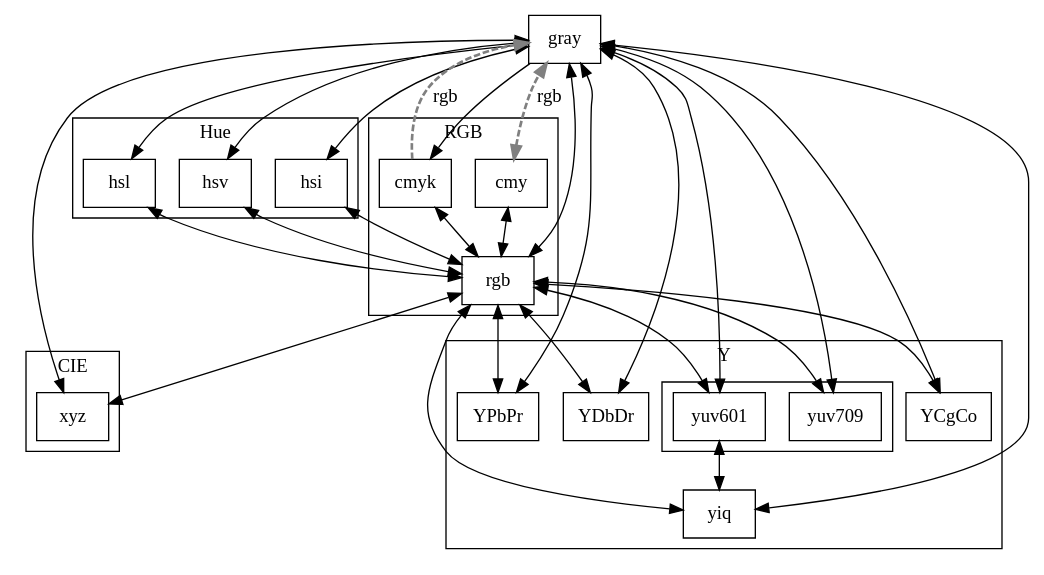
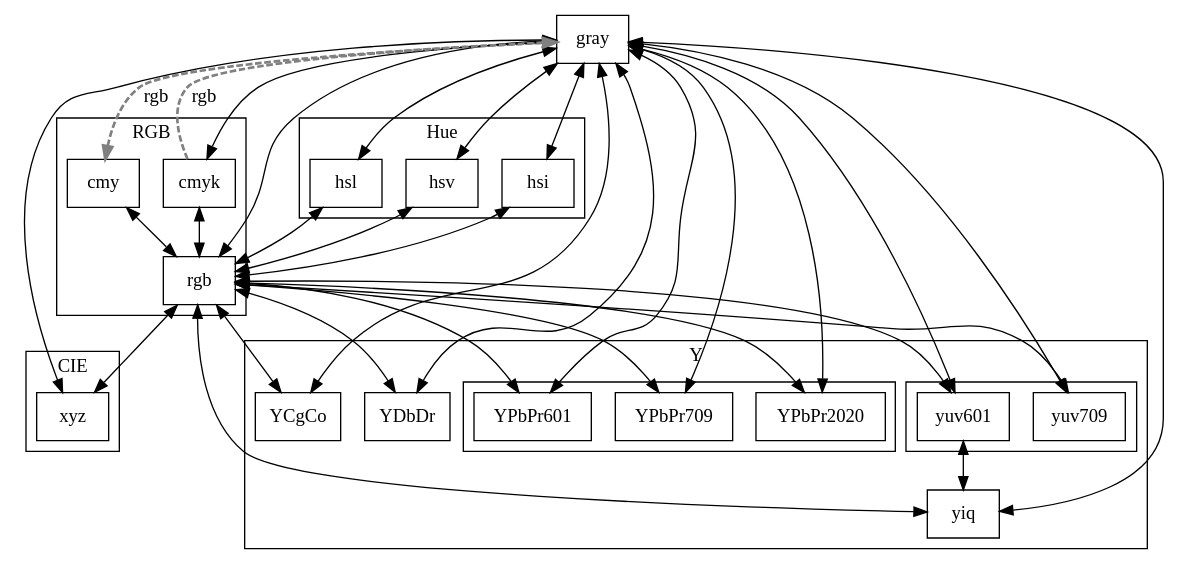
Before and after one commit to dmilos/color: the diagram in doc/gv/conv.gv, drawn with Graphviz. The commit also changed 1 other file, not shown here.

Commit message:
* update:[doc] Conversion graph

```diff
--- a/doc/gv/conv.gv
+++ b/doc/gv/conv.gv
@@ -1,102 +1,115 @@
 digraph color_conversion {
 	node [ shape ="box" ];
 	//gray [ color=gray, penwidth = 5 ];
 	//rgb [ style=striped , fillcolor="red:green:blue" ];
 
 	cmy  -> gray [ label = "rgb", style=dashed, color=gray, penwidth = 2, dir=both ];
 	cmy  -> rgb  [ label = "", dir=both  ];
 
 	cmyk -> gray[ label = "rgb", style=dashed, color=gray, penwidth = 2, dir=forward ];
 	cmyk -> rgb [ label = "", dir=both ];
 
 	gray -> cmyk [ label = "", dir=forward  ];
 	//gray -> hbw   [ label = "", dir=both  ];
 	gray -> hsi   [ label = "", dir=both ];
 	gray -> hsl   [ label = "", dir=both ];
 	gray -> hsv   [ label = "", dir=both  ];
 	gray -> rgb   [ label = "", dir=both ];
 	gray -> xyz   [ label = "", dir=both ];
 	gray -> YCgCo [ label = "", dir=both ];
 	gray -> YDbDr [ label = "", dir=both ];
 	gray -> yiq   [ label = "", dir=both ];
-	gray -> YPbPr [ label = "", dir=both ];
+	gray -> YPbPr601  [ label = "", dir=both ];
+	gray -> YPbPr709  [ label = "", dir=both ];
+	gray -> YPbPr2020 [ label = "", dir=both ];
 	gray -> yuv601   [ label = "", dir=both ];
 	gray -> yuv709   [ label = "", dir=both ];
 
 	//hbw  -> hsv[ label = "", dir=both ];
 
 	hsi  -> rgb [ label = "", dir=both ];
 
 	hsl  -> rgb [ label = "", dir=both ];
 
 	hsv  -> rgb [ label = "", dir=both ];
 
 	rgb -> xyz   [ label = "", dir=both ];
 	rgb -> YCgCo [ label = "", dir=both ];
 	rgb -> YDbDr [ label = "", dir=both ];
 	rgb -> yiq   [ label = "", dir=both ];
-	rgb -> YPbPr [ label = "", dir=both ];
+	rgb -> YPbPr601  [ label = "", dir=both ];
+	rgb -> YPbPr709  [ label = "", dir=both ];
+	rgb -> YPbPr2020 [ label = "", dir=both ];
 	rgb -> yuv601[ label = "", dir=both ];
 	rgb -> yuv709[ label = "", dir=both ];
 
 	//xyz -> Hunter  [ label = "", dir=both ];
 	//xyz -> xyY     [ label = "", dir=both ];
 	//xyz -> Lab     [ label = "", dir=both ];
 	//xyz -> Luv     [ label = "", dir=both ];
 	//xyz -> LMS     [ label = "", dir=both ];
 	//Lab -> LCHab   [ label = "", dir=both ];
 	//Luv -> LCHub   [ label = "", dir=both ];
 
 	//yuv -> yuv   [ label = "", dir=both ];
 
 	yuv601 -> yiq   [ label = "", dir=both ];
 
 	subgraph cluster_hue
 	{
 		label = "Hue";
 		//node [ ] hbw;
 		node [ ] hsi;
 		node [ ] hsl;
 		node [ ] hsv;
 	}
 
 	subgraph cluster_Y
 	{
 		label = "Y";
 		node [ ] YCgCo;
 		node [ ] YDbDr;
 		node [ ] yiq  ;
-		node [ ] YPbPr;
+		node [ ] YPbPr601 ;
+		node [ ] YPbPr709 ;
+		node [ ] YPbPr2020;
 		node [ ] yuv601;
 		node [ ] yuv709;
 		subgraph cluster_yuv
 		{
 			label = "";
 			node [ ] yuv601;
 			node [ ] yuv709;
+		}
+		subgraph cluster_YPbPr
+		{
+			label = "";
+			node [ ] YPbPr601 ;
+			node [ ] YPbPr709 ;
+			node [ ] YPbPr2020;
 		}
 	}
 
 	subgraph cluster_CIE
 	{
 		label = "CIE";
 		node [ ] xyz;
 		//node [ ] Hunter;
 		//node [ ] xyY;
 		//node [ ] Lab;
 		//node [ ] Luv;
 		//node [ ] LMS;
 		//node [ ] LCHab;
 		//node [ ] LCHub;
 	}
 
 	subgraph cluster_RGB
 	{
 		label = "RGB";
 		node [ ] cmy;
 		node [ ] rgb;
 		node [ ] cmyk;
 	}
 
 
 }
```
